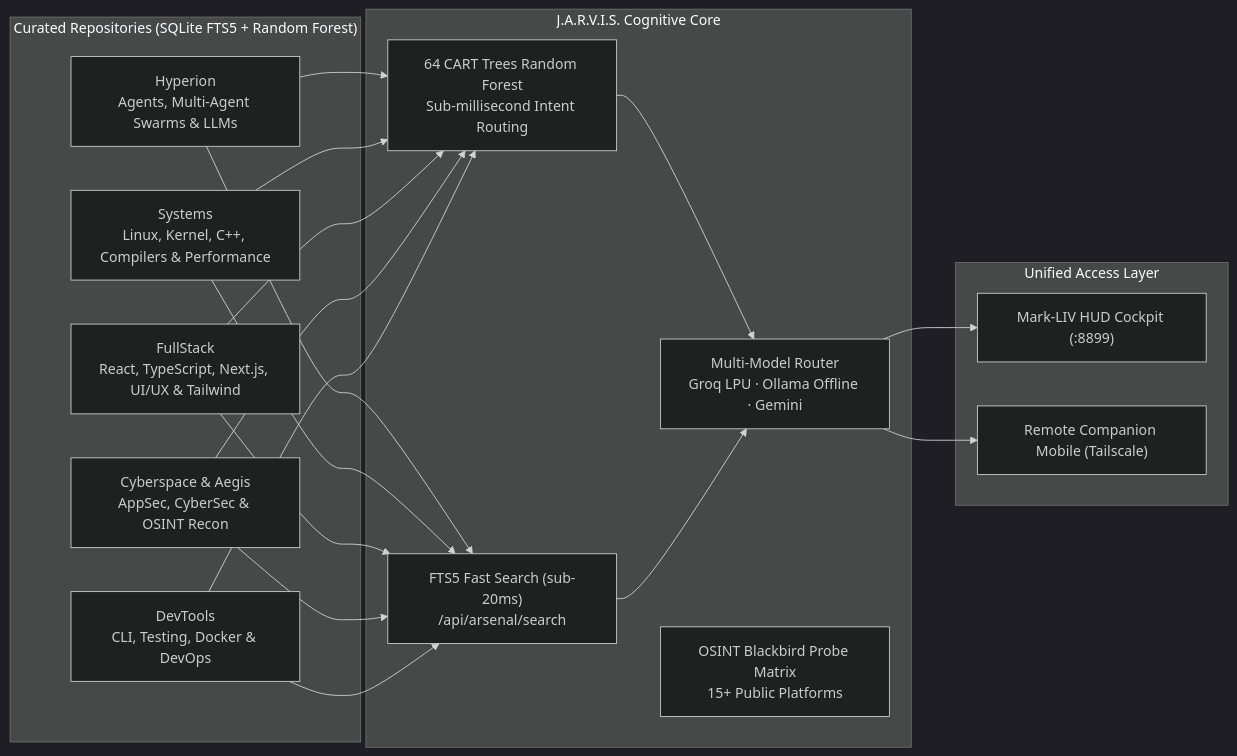
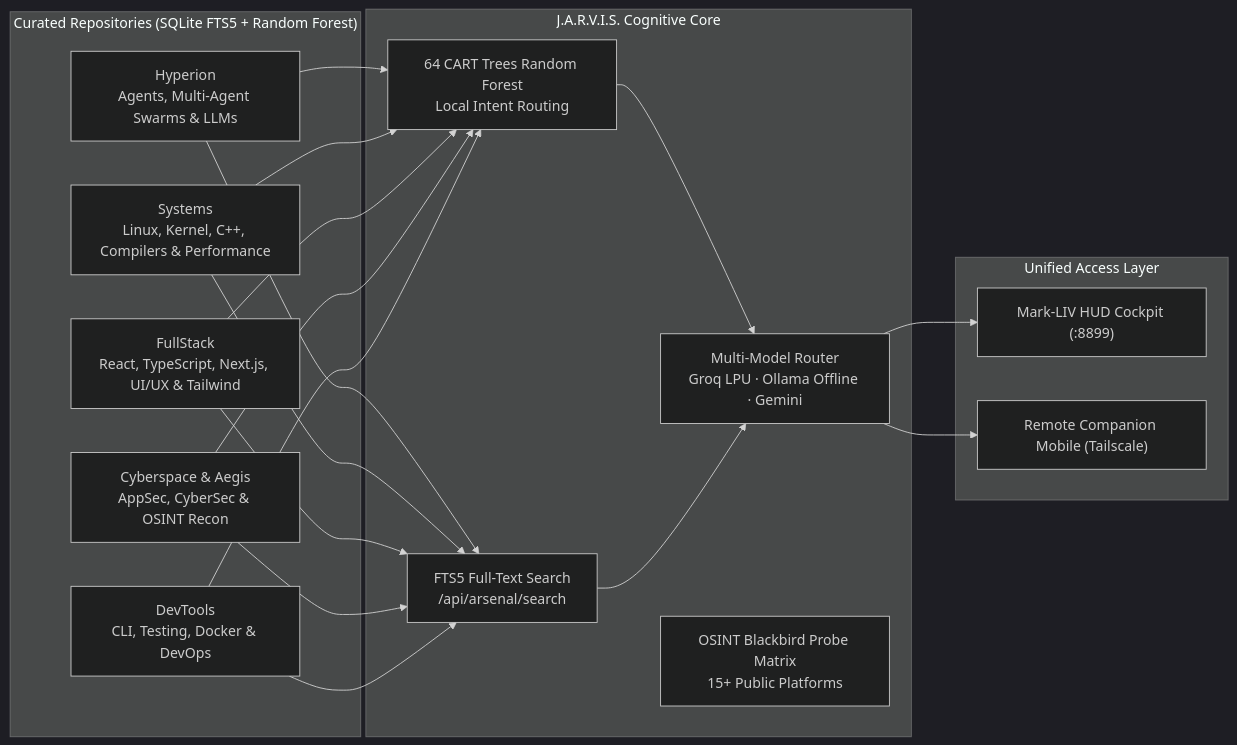
The fourth of 4 diagrams in README.md (robertoatila/jarvis-skill-registry), drawn with Mermaid (dark theme) before and after one commit. The commit also changed other lines of this file and 16 other files, not shown here.

````diff
--- a/README.md
+++ b/README.md
@@ -249,24 +249,24 @@
 ```mermaid
 flowchart LR
     subgraph ARSENAL["Curated Repositories (SQLite FTS5 + Random Forest)"]
         H["Hyperion<br/>Agents, Multi-Agent Swarms & LLMs"]
         S["Systems<br/>Linux, Kernel, C++, Compilers & Performance"]
         F["FullStack<br/>React, TypeScript, Next.js, UI/UX & Tailwind"]
         C["Cyberspace & Aegis<br/>AppSec, CyberSec & OSINT Recon"]
         D["DevTools<br/>CLI, Testing, Docker & DevOps"]
     end
     subgraph ENGINE["J.A.R.V.I.S. Cognitive Core"]
-        RF["64 CART Trees Random Forest<br/>Sub-millisecond Intent Routing"]
-        FTS["FTS5 Fast Search (sub-20ms)<br/>/api/arsenal/search"]
+        RF["64 CART Trees Random Forest<br/>Local Intent Routing"]
+        FTS["FTS5 Full-Text Search<br/>/api/arsenal/search"]
         ROUTER["Multi-Model Router<br/>Groq LPU · Ollama Offline · Gemini"]
         OSINT["OSINT Blackbird Probe Matrix<br/>15+ Public Platforms"]
     end
     subgraph ACCESS["Unified Access Layer"]
         HUD["Mark-LIV HUD Cockpit (:8899)"]
         REMOTE["Remote Companion Mobile (Tailscale)"]
     end
 
     H & S & F & C & D --> RF & FTS
     RF & FTS --> ROUTER
     ROUTER --> HUD & REMOTE
 ```
````
